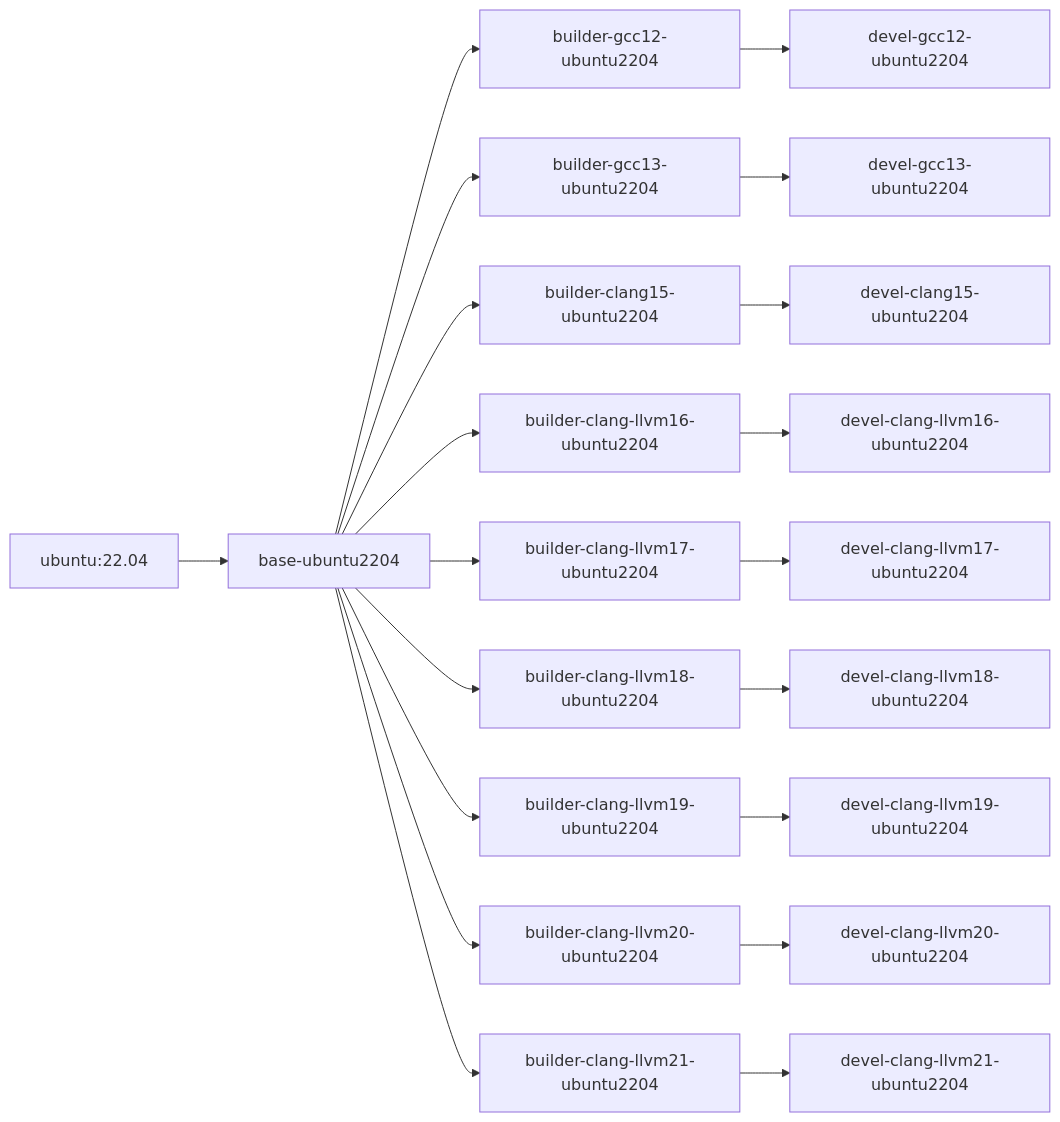
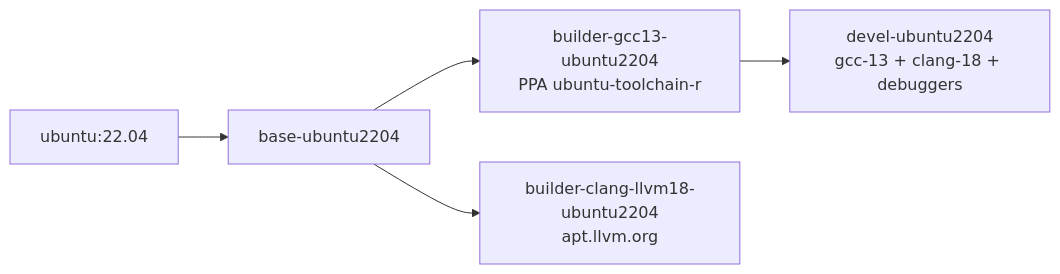
Before and after one commit to Silmaen/DockerImages: the fourth of 8 diagrams in README.md, drawn with Mermaid. The commit also changed other lines of this file and 17 other files, not shown here.

````diff
--- a/README.md
+++ b/README.md
@@ -148,24 +156,7 @@
 ```mermaid
 graph LR
     U2204[ubuntu:22.04] --> B2204[base-ubuntu2204]
-
-    B2204 --> G12[builder-gcc12-ubuntu2204]
-    B2204 --> G13[builder-gcc13-ubuntu2204]
-    B2204 --> C15[builder-clang15-ubuntu2204]
-    B2204 --> C16[builder-clang-llvm16-ubuntu2204]
-    B2204 --> C17[builder-clang-llvm17-ubuntu2204]
-    B2204 --> C18[builder-clang-llvm18-ubuntu2204]
-    B2204 --> C19[builder-clang-llvm19-ubuntu2204]
-    B2204 --> C20[builder-clang-llvm20-ubuntu2204]
-    B2204 --> C21[builder-clang-llvm21-ubuntu2204]
-
-    G12 --> DG12[devel-gcc12-ubuntu2204]
-    G13 --> DG13[devel-gcc13-ubuntu2204]
-    C15 --> DC15[devel-clang15-ubuntu2204]
-    C16 --> DC16[devel-clang-llvm16-ubuntu2204]
-    C17 --> DC17[devel-clang-llvm17-ubuntu2204]
-    C18 --> DC18[devel-clang-llvm18-ubuntu2204]
-    C19 --> DC19[devel-clang-llvm19-ubuntu2204]
-    C20 --> DC20[devel-clang-llvm20-ubuntu2204]
-    C21 --> DC21[devel-clang-llvm21-ubuntu2204]
+    B2204 --> G13[builder-gcc13-ubuntu2204<br/>PPA ubuntu-toolchain-r]
+    B2204 --> C18[builder-clang-llvm18-ubuntu2204<br/>apt.llvm.org]
+    G13 --> D[devel-ubuntu2204<br/>gcc-13 + clang-18 + debuggers]
 ```
````
